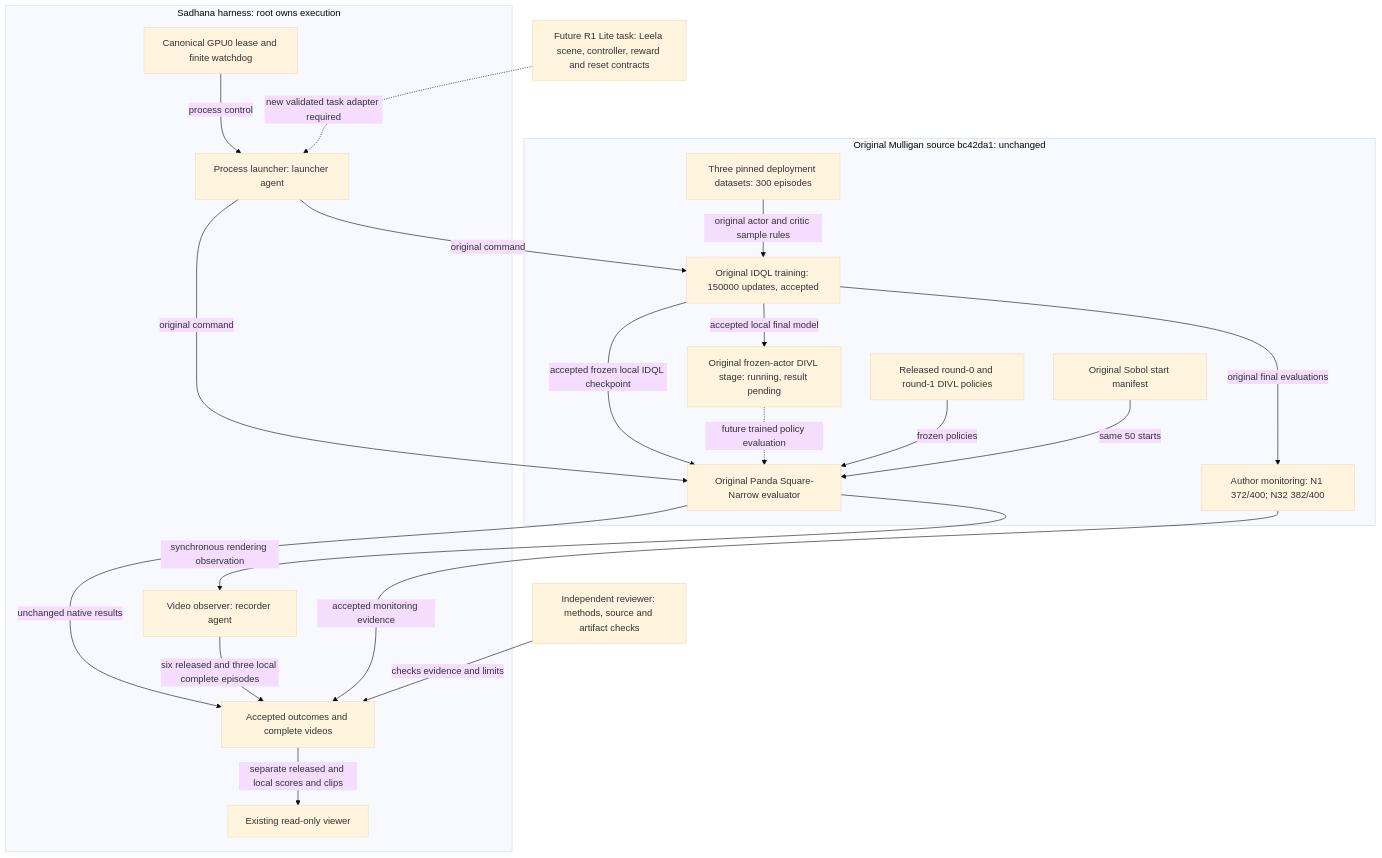
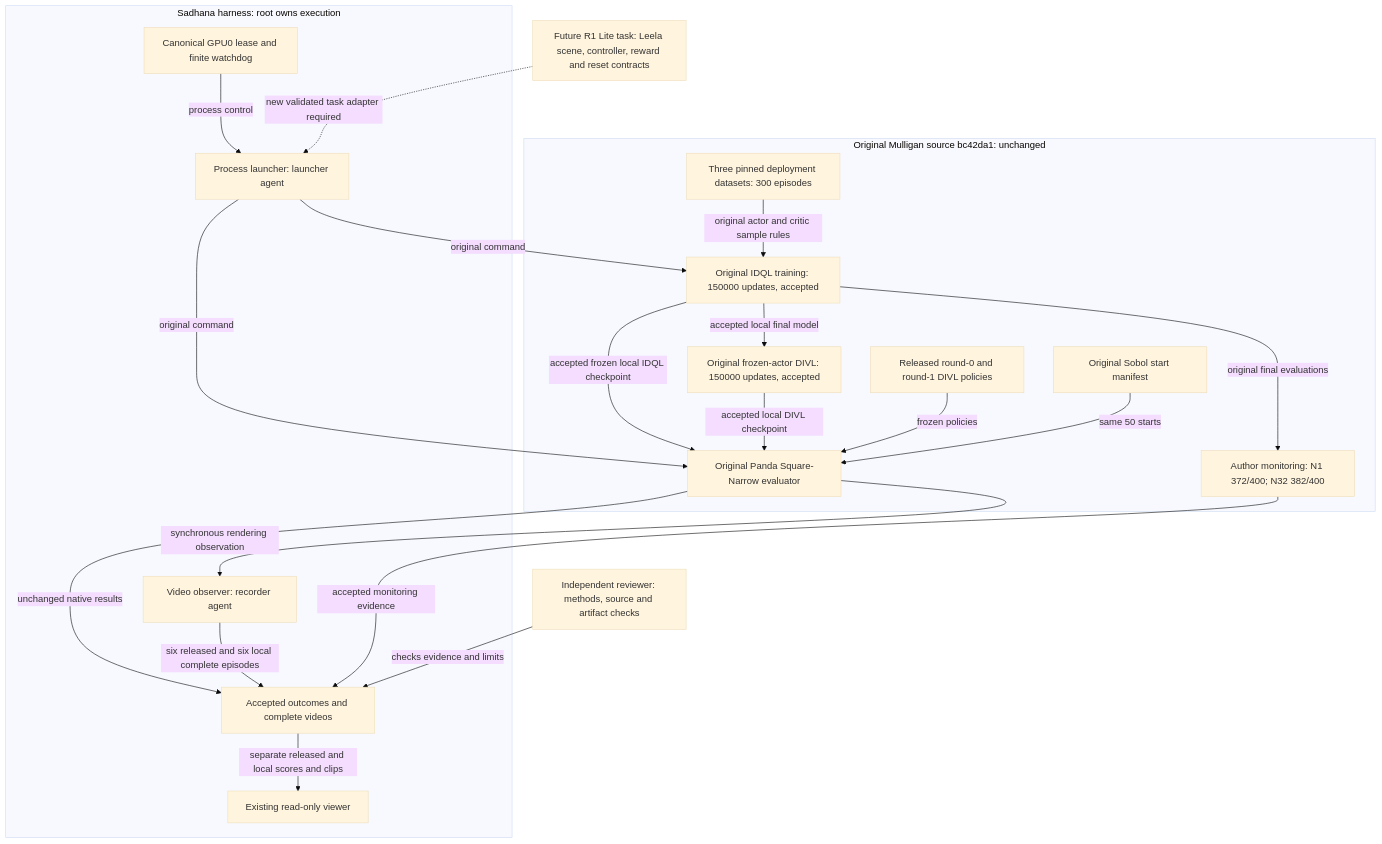
One commit to aditya9729/abc changed the diagram in docs/bench/MULLIGAN_AUTHOR_EXPERIMENTS_20261013.mmd. Above: the diagram before and after it, drawn with Mermaid (base theme). The commit also changed 4 other files, not shown here.

Commit message:
Publish original local DIVL results without claiming a gain

```diff
--- a/docs/bench/MULLIGAN_AUTHOR_EXPERIMENTS_20261013.mmd
+++ b/docs/bench/MULLIGAN_AUTHOR_EXPERIMENTS_20261013.mmd
@@ -1,36 +1,36 @@
 flowchart TD
     subgraph Author[Original Mulligan source bc42da1: unchanged]
         P[Released round-0 and round-1 DIVL policies]
         D[Three pinned deployment datasets: 300 episodes]
         G[Original Sobol start manifest]
         L[Original IDQL training: 150000 updates, accepted]
         M[Author monitoring: N1 372/400; N32 382/400]
-        V[Original frozen-actor DIVL stage: running, result pending]
+        V[Original frozen-actor DIVL: 150000 updates, accepted]
         E[Original Panda Square-Narrow evaluator]
         D -->|original actor and critic sample rules| L
         L -->|original final evaluations| M
         L -->|accepted frozen local IDQL checkpoint| E
         L -->|accepted local final model| V
-        V -. future trained policy evaluation .-> E
+        V -->|accepted local DIVL checkpoint| E
         P -->|frozen policies| E
         G -->|same 50 starts| E
     end
     subgraph Harness[Sadhana harness: root owns execution]
         J[Canonical GPU0 lease and finite watchdog]
         W[Process launcher: launcher agent]
         O[Video observer: recorder agent]
         R[Accepted outcomes and complete videos]
         UI[Existing read-only viewer]
         J -->|process control| W
         W -->|original command| L
         W -->|original command| E
         E -->|unchanged native results| R
         E -->|synchronous rendering observation| O
-        O -->|six released and three local complete episodes| R
+        O -->|six released and six local complete episodes| R
         R -->|separate released and local scores and clips| UI
     end
     M -->|accepted monitoring evidence| R
     A[Independent reviewer: methods, source and artifact checks]
     A -->|checks evidence and limits| R
     T[Future R1 Lite task: Leela scene, controller, reward and reset contracts]
     T -. new validated task adapter required .-> W
```
